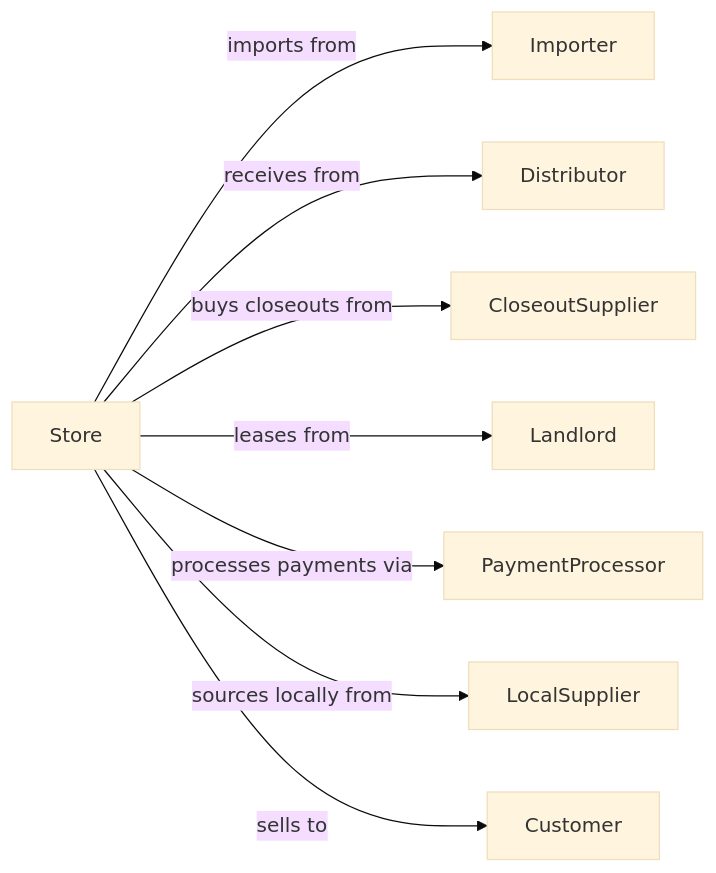
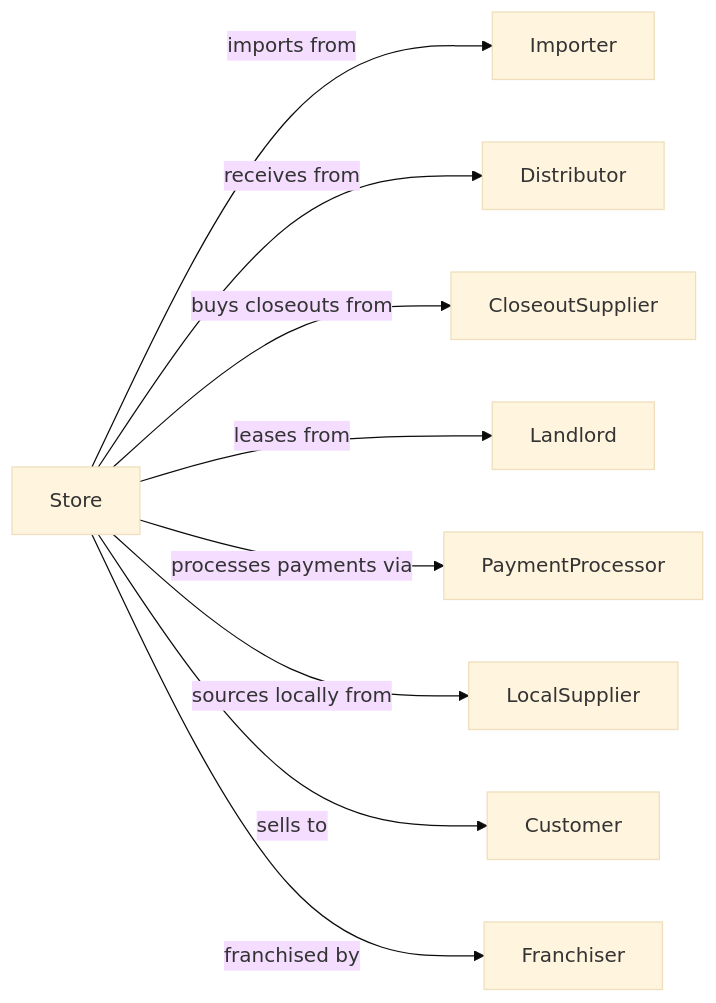
The second of 2 diagrams in RetailTrade/GeneralMerchandiseRetailers/WarehouseClubsSupercentersAndOtherGeneralMerchandiseRetailers/AllOtherGeneralMerchandiseRetailers.mdx (dot-org-ai/industries.org.ai), drawn with Mermaid (base theme) before and after one commit. The commit also changed 588 other files, not shown here.

````diff
--- a/RetailTrade/GeneralMerchandiseRetailers/WarehouseClubsSupercentersAndOtherGeneralMerchandiseRetailers/AllOtherGeneralMerchandiseRetailers.mdx
+++ b/RetailTrade/GeneralMerchandiseRetailers/WarehouseClubsSupercentersAndOtherGeneralMerchandiseRetailers/AllOtherGeneralMerchandiseRetailers.mdx
@@ -133,12 +133,13 @@
 ```mermaid
 graph LR
     S[Store]
 
     S -->|imports from| Importer
     S -->|receives from| Distributor
     S -->|buys closeouts from| CloseoutSupplier
     S -->|leases from| Landlord
     S -->|processes payments via| PaymentProcessor
     S -->|sources locally from| LocalSupplier
     S -->|sells to| Customer
+    S -->|franchised by| Franchiser
 ```
````
